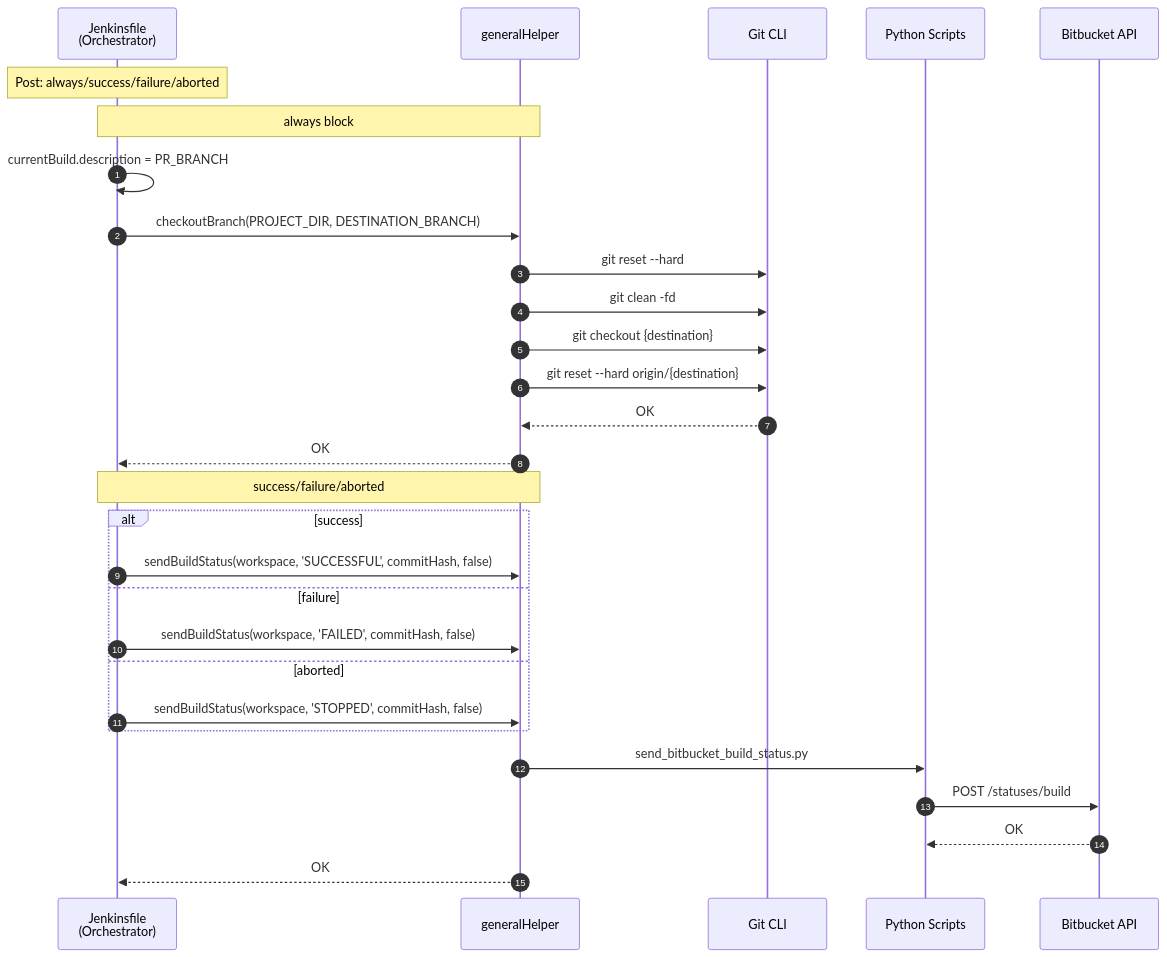
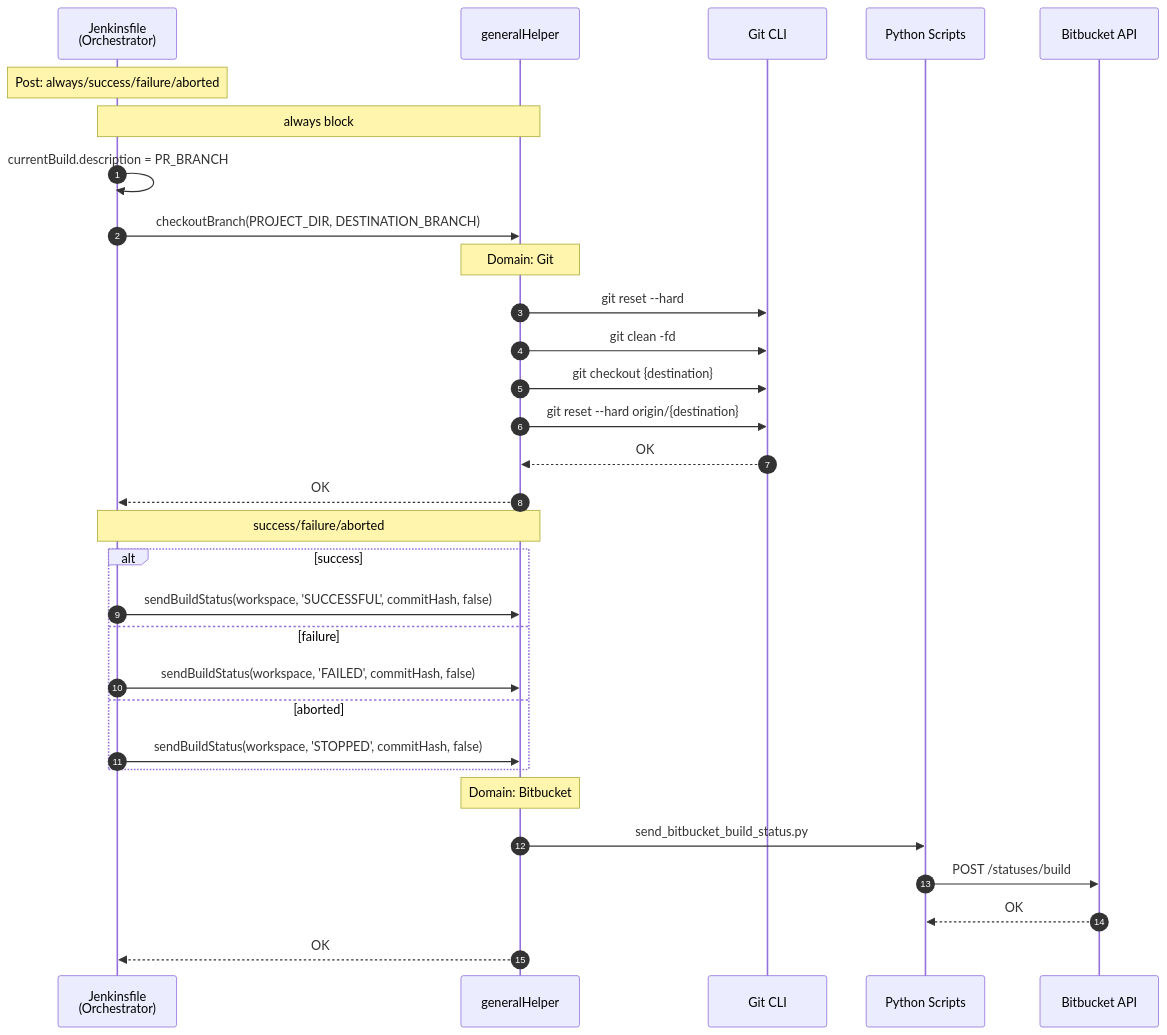
The seventh of 7 diagrams in Voyages/Projects/VARLab-work-transfer/portfolios/devops-jenkins-linux/4-layer-architecture-and-logger-system-integration/problem-analysis/pipeline-sequence-diagrams/js-ci.md (JindoKimKor/Self-Binnacle), drawn with Mermaid before and after one commit. The commit also changed other lines of this file and 55 other files, not shown here.

First line of the commit message:
refactor(4-layer-architecture): Standardize analysis document naming and format

````diff
--- a/Voyages/Projects/VARLab-work-transfer/portfolios/devops-jenkins-linux/4-layer-architecture-and-logger-system-integration/problem-analysis/pipeline-sequence-diagrams/js-ci.md
+++ b/Voyages/Projects/VARLab-work-transfer/portfolios/devops-jenkins-linux/4-layer-architecture-and-logger-system-integration/problem-analysis/pipeline-sequence-diagrams/js-ci.md
@@ -276,35 +301,37 @@
 ```mermaid
 sequenceDiagram
     autonumber
 
     participant JF as Jenkinsfile<br/>(Orchestrator)
     participant GH as generalHelper
     participant Git as Git CLI
     participant Python as Python Scripts
     participant BB as Bitbucket API
 
     Note over JF: Post: always/success/failure/aborted
 
     Note over JF,GH: always block
     JF->>JF: currentBuild.description = PR_BRANCH
     JF->>GH: checkoutBranch(PROJECT_DIR, DESTINATION_BRANCH)
+    Note over GH: Domain: Git
     GH->>Git: git reset --hard
     GH->>Git: git clean -fd
     GH->>Git: git checkout {destination}
     GH->>Git: git reset --hard origin/{destination}
     Git-->>GH: OK
     GH-->>JF: OK
 
     Note over JF,GH: success/failure/aborted
     alt success
         JF->>GH: sendBuildStatus(workspace, 'SUCCESSFUL', commitHash, false)
     else failure
         JF->>GH: sendBuildStatus(workspace, 'FAILED', commitHash, false)
     else aborted
         JF->>GH: sendBuildStatus(workspace, 'STOPPED', commitHash, false)
     end
+    Note over GH: Domain: Bitbucket
     GH->>Python: send_bitbucket_build_status.py
     Python->>BB: POST /statuses/build
     BB-->>Python: OK
     GH-->>JF: OK
 ```
````
